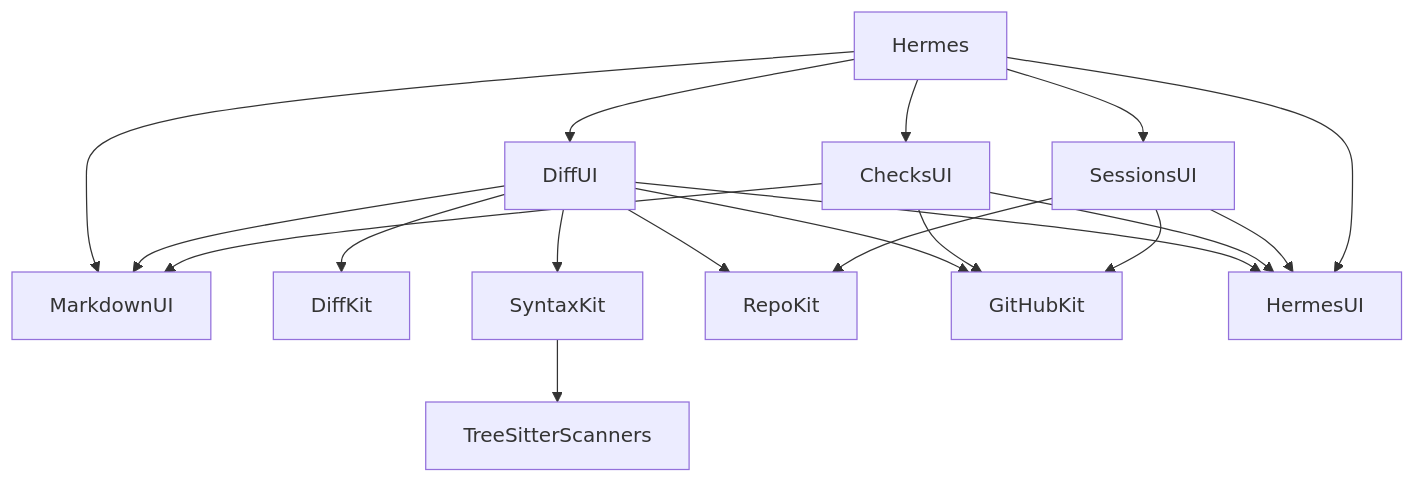
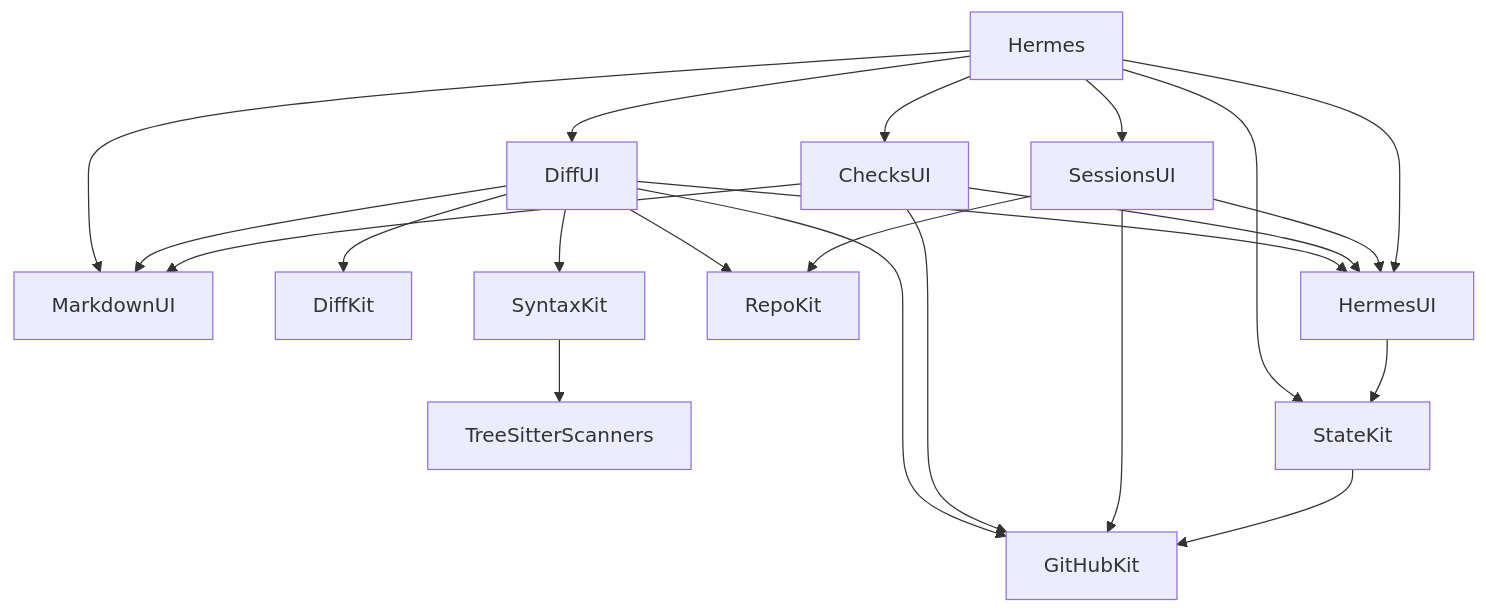
The first of 3 diagrams in plans/architecture.md (bojanrajkovic/hermes), drawn with Mermaid before and after one commit. The commit also changed other lines of this file and 55 other files, not shown here.

First line of the commit message:
Keep GitHub state in one store (#96)

````diff
--- a/plans/architecture.md
+++ b/plans/architecture.md
@@ -13,21 +13,24 @@
 ```mermaid
 graph TD
     Hermes --> DiffUI
     Hermes --> ChecksUI
     Hermes --> SessionsUI
     Hermes --> MarkdownUI
     DiffUI --> DiffKit
     DiffUI --> SyntaxKit
     DiffUI --> RepoKit
     DiffUI --> GitHubKit
     DiffUI --> MarkdownUI
     ChecksUI --> GitHubKit
     ChecksUI --> MarkdownUI
     SessionsUI --> RepoKit
     SessionsUI --> GitHubKit
     SyntaxKit --> TreeSitterScanners
     DiffUI --> HermesUI
     ChecksUI --> HermesUI
     SessionsUI --> HermesUI
     Hermes --> HermesUI
+    Hermes --> StateKit
+    HermesUI --> StateKit
+    StateKit --> GitHubKit
 ```
````
